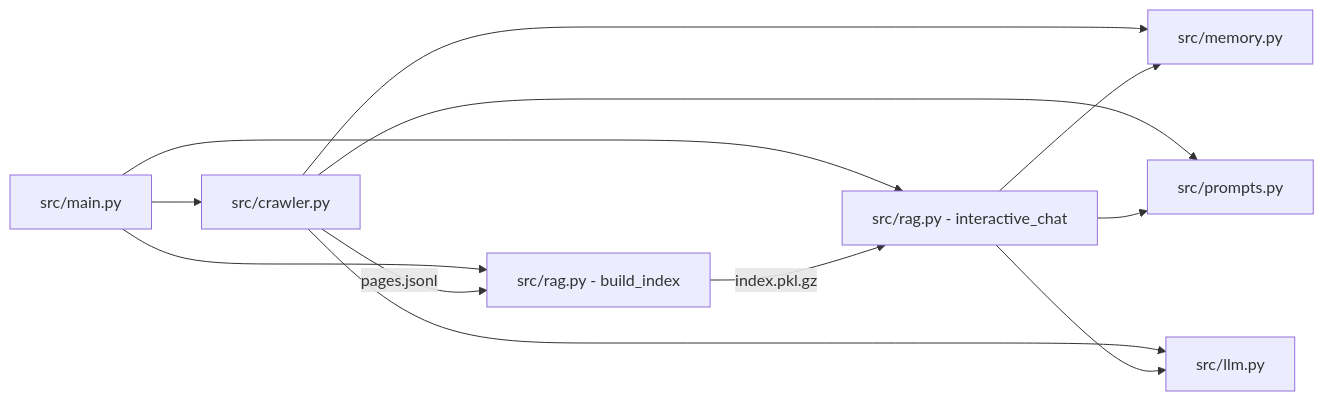
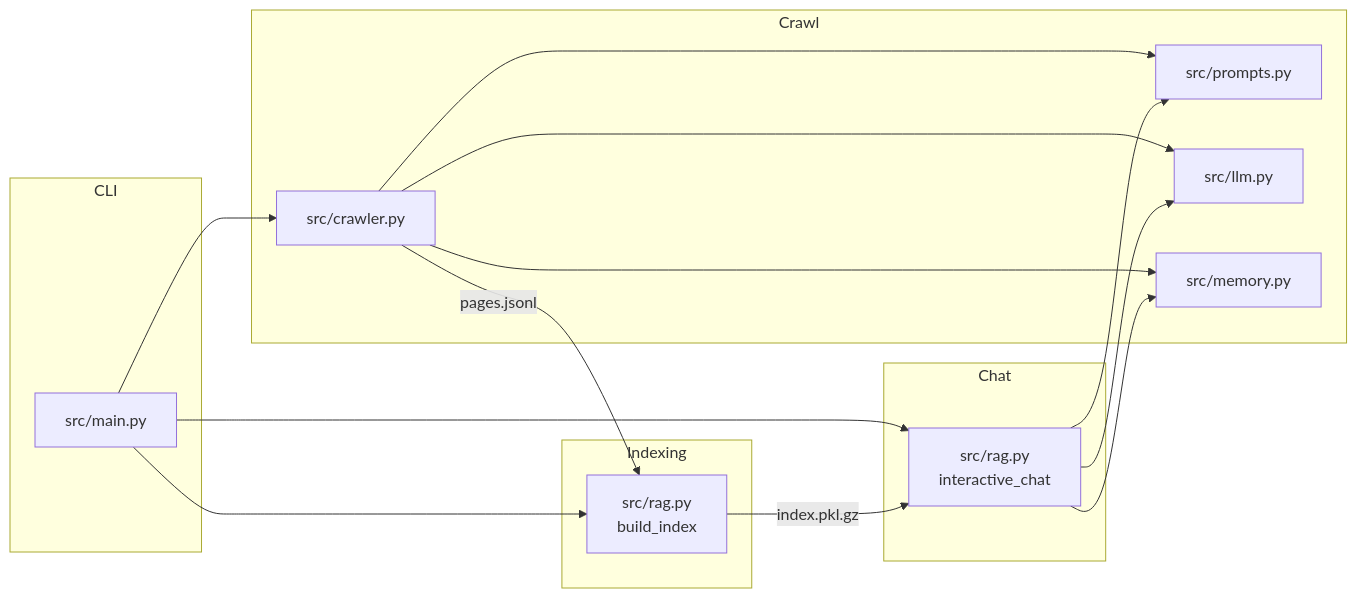
Before and after one commit to Torekas/web_crawler: the diagram in src/README.md, drawn with Mermaid. The commit also changed 5 other files, not shown here.

````diff
--- a/src/README.md
+++ b/src/README.md
@@ -6,14 +6,33 @@
 ```mermaid
 flowchart LR
-    CLI[src/main.py] --> Crawl[src/crawler.py]
-    CLI --> Index[src/rag.py - build_index]
-    CLI --> Chat[src/rag.py - interactive_chat]
-    Crawl -->|pages.jsonl| Index
-    Index -->|index.pkl.gz| Chat
-    Crawl --> Memory[src/memory.py]
+    subgraph CliLayer["CLI"]
+        Main["src/main.py"]
+    end
+
+    subgraph CrawlLayer["Crawl"]
+        Crawler["src/crawler.py"]
+        Prompts["src/prompts.py"]
+        LLM["src/llm.py"]
+        Memory["src/memory.py"]
+    end
+
+    subgraph IndexLayer["Indexing"]
+        Indexer["src/rag.py<br/>build_index"]
+    end
+
+    subgraph ChatLayer["Chat"]
+        Chat["src/rag.py<br/>interactive_chat"]
+    end
+
+    Main --> Crawler
+    Main --> Indexer
+    Main --> Chat
+    Crawler -->|pages.jsonl| Indexer
+    Indexer -->|index.pkl.gz| Chat
+    Crawler --> Prompts
+    Crawler --> LLM
+    Crawler --> Memory
+    Chat --> Prompts
+    Chat --> LLM
     Chat --> Memory
-    Crawl --> Prompts[src/prompts.py]
-    Chat --> Prompts
-    Crawl --> LLM[src/llm.py]
-    Chat --> LLM
 ```
````
